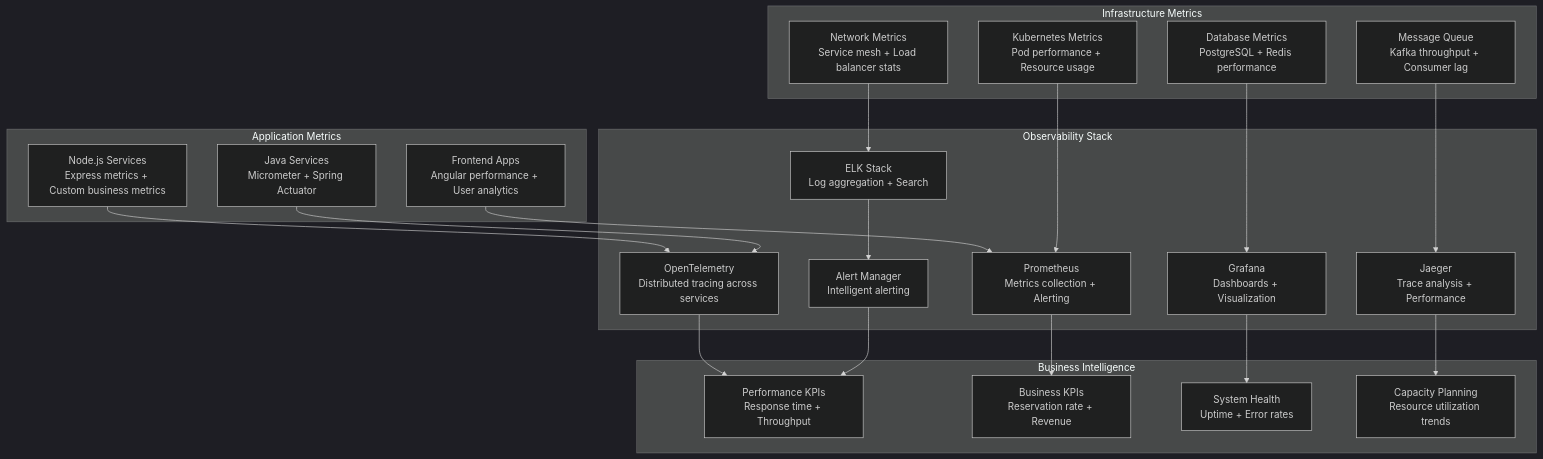
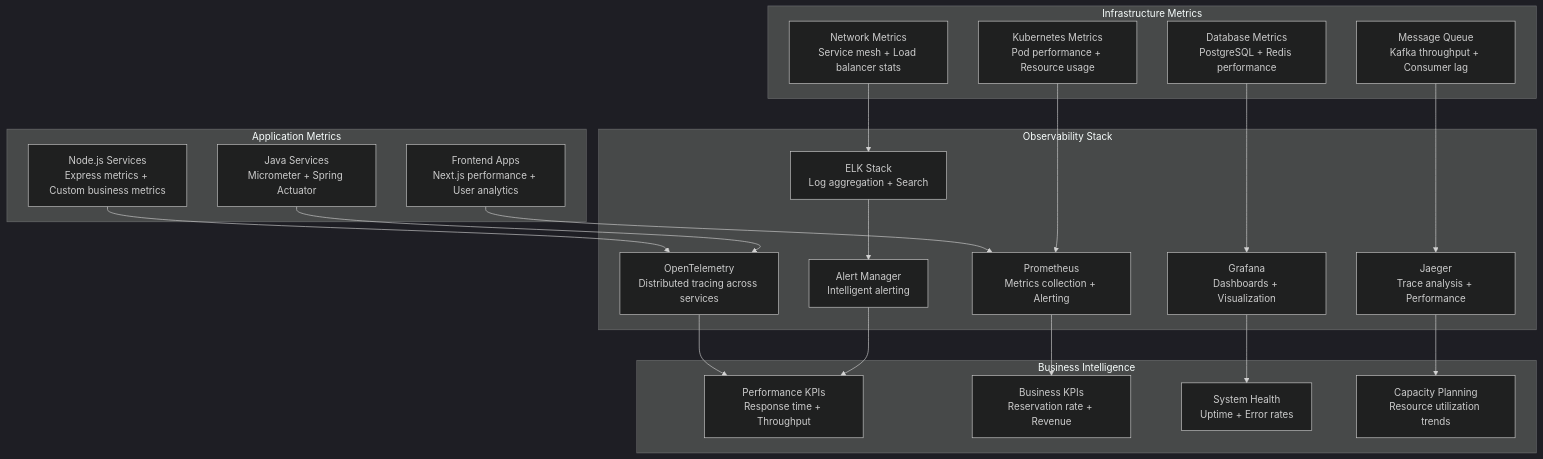
Before and after one commit to red2n/modern-reservation: diagram 38 of 38 in docs/product-requirements-document.md, drawn with Mermaid (dark theme). The commit also changed other lines of this file and 8 other files, not shown here.

````diff
--- a/docs/product-requirements-document.md
+++ b/docs/product-requirements-document.md
@@ -3220,46 +3221,46 @@
 ```mermaid
 graph TB
     subgraph "Application Metrics"
         A1[Node.js Services<br/>Express metrics + Custom business metrics]
         A2[Java Services<br/>Micrometer + Spring Actuator]
-        A3[Frontend Apps<br/>Angular performance + User analytics]
+        A3[Frontend Apps<br/>Next.js performance + User analytics]
     end
 
     subgraph "Infrastructure Metrics"
         I1[Kubernetes Metrics<br/>Pod performance + Resource usage]
         I2[Database Metrics<br/>PostgreSQL + Redis performance]
         I3[Message Queue<br/>Kafka throughput + Consumer lag]
         I4[Network Metrics<br/>Service mesh + Load balancer stats]
     end
 
     subgraph "Observability Stack"
         O1[OpenTelemetry<br/>Distributed tracing across services]
         O2[Prometheus<br/>Metrics collection + Alerting]
         O3[Grafana<br/>Dashboards + Visualization]
         O4[Jaeger<br/>Trace analysis + Performance]
         O5[ELK Stack<br/>Log aggregation + Search]
         O6[Alert Manager<br/>Intelligent alerting]
     end
 
     subgraph "Business Intelligence"
         B1[Performance KPIs<br/>Response time + Throughput]
         B2[Business KPIs<br/>Reservation rate + Revenue]
         B3[System Health<br/>Uptime + Error rates]
         B4[Capacity Planning<br/>Resource utilization trends]
     end
 
     A1 --> O1
     A2 --> O1
     A3 --> O2
     I1 --> O2
     I2 --> O3
     I3 --> O4
     I4 --> O5
 
     O1 --> B1
     O2 --> B2
     O3 --> B3
     O4 --> B4
     O5 --> O6
     O6 --> B1
 ```
````
